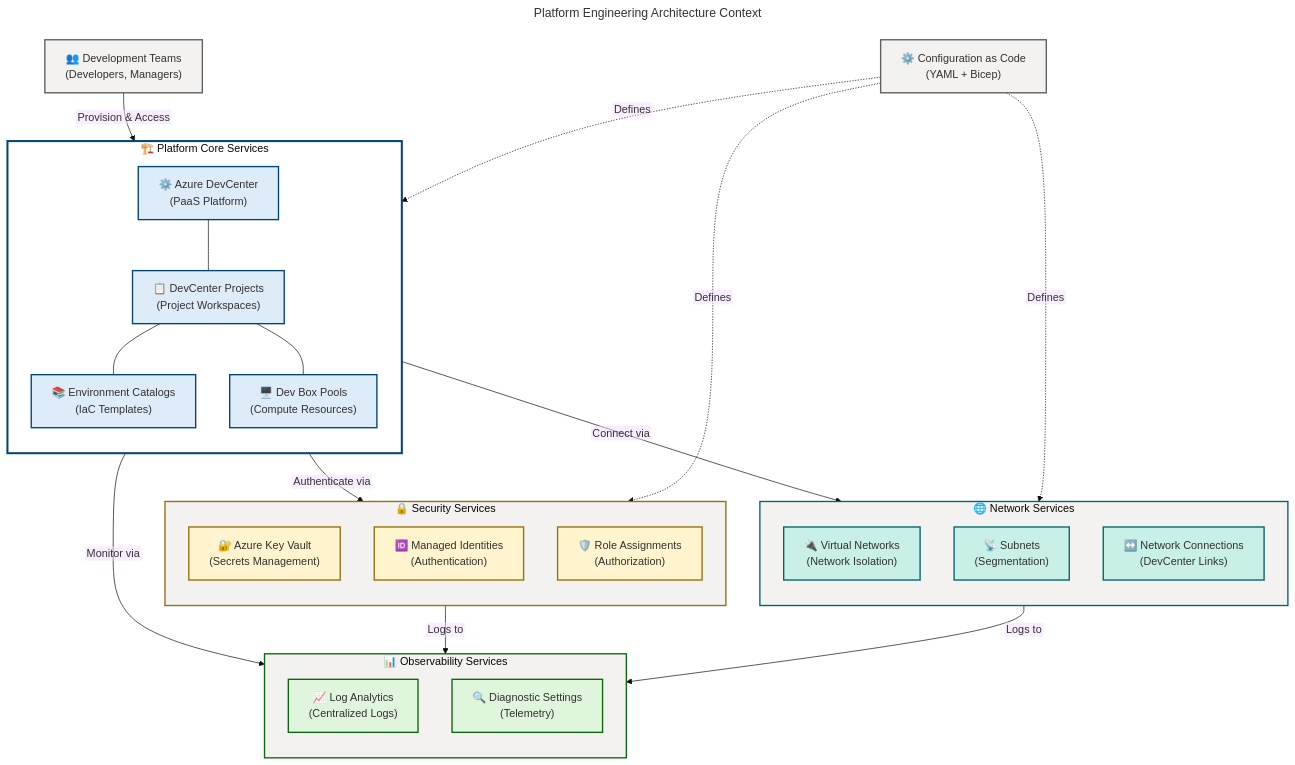
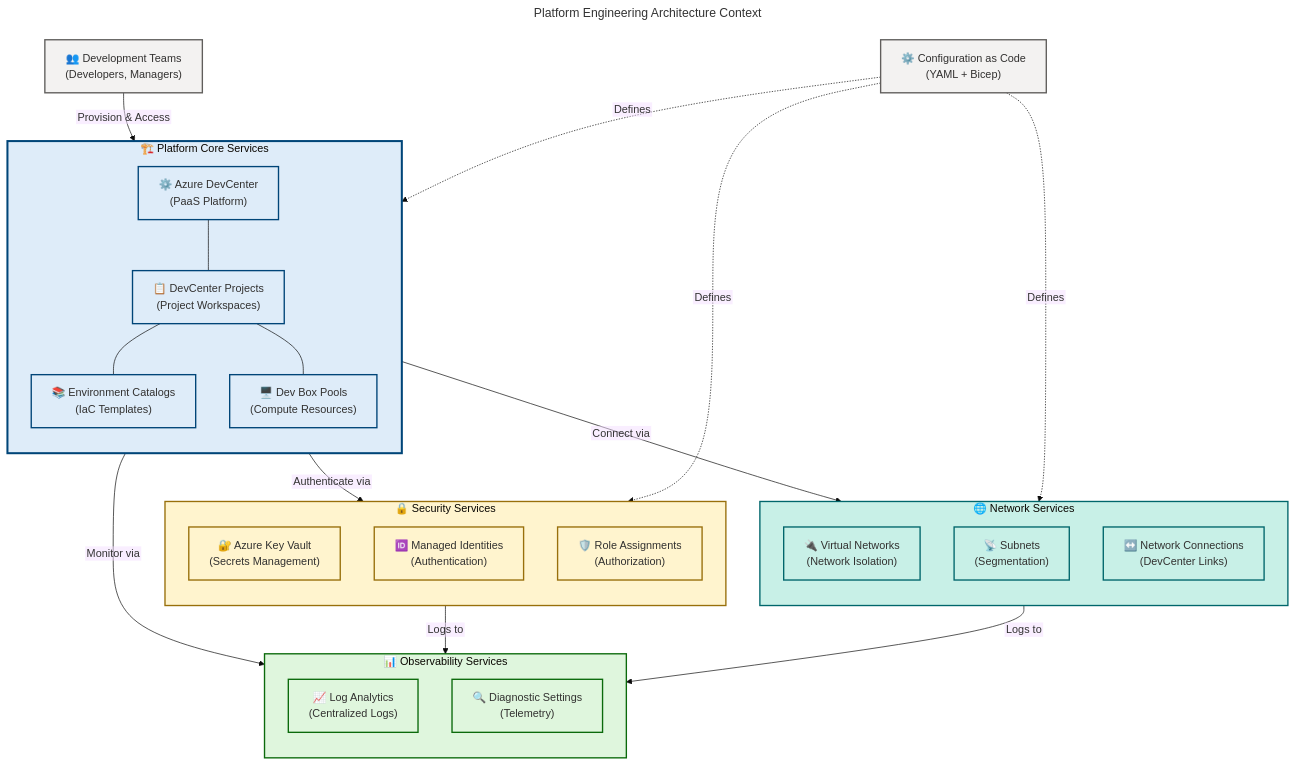
One commit to Evilazaro/DevExp-DevBox changed the first of 4 diagrams in docs/architecture/Platform-Engineering-BDAT.md. Above: the diagram before and after it, drawn with Mermaid. The commit also changed other lines of this file and 1 other file, not shown here.

Commit message:
fix: update flowchart colors for semantic clarity in architecture documentation

````diff
--- a/docs/architecture/Platform-Engineering-BDAT.md
+++ b/docs/architecture/Platform-Engineering-BDAT.md
@@ -179,8 +179,9 @@
     classDef neutralGrey fill:#F3F2F1,stroke:#605E5C,stroke-width:2px,color:#323130
 
     %% Subgraph styling (4 subgraphs = 4 style directives) - MANDATORY per GATE-2
-    style PlatformCore fill:#FFFFFF,stroke:#004578,stroke-width:3px
-    style SecurityLayer fill:#F3F2F1,stroke:#986F0B,stroke-width:2px
-    style NetworkLayer fill:#F3F2F1,stroke:#00666B,stroke-width:2px
-    style MonitoringLayer fill:#F3F2F1,stroke:#0B6A0B,stroke-width:2px
+    %% CRITICAL: Functional siblings use semantic colors matching content purpose
+    style PlatformCore fill:#DEECF9,stroke:#004578,stroke-width:3px
+    style SecurityLayer fill:#FFF4CE,stroke:#986F0B,stroke-width:2px
+    style NetworkLayer fill:#C8F0E7,stroke:#00666B,stroke-width:2px
+    style MonitoringLayer fill:#DFF6DD,stroke:#0B6A0B,stroke-width:2px
 ```
````
